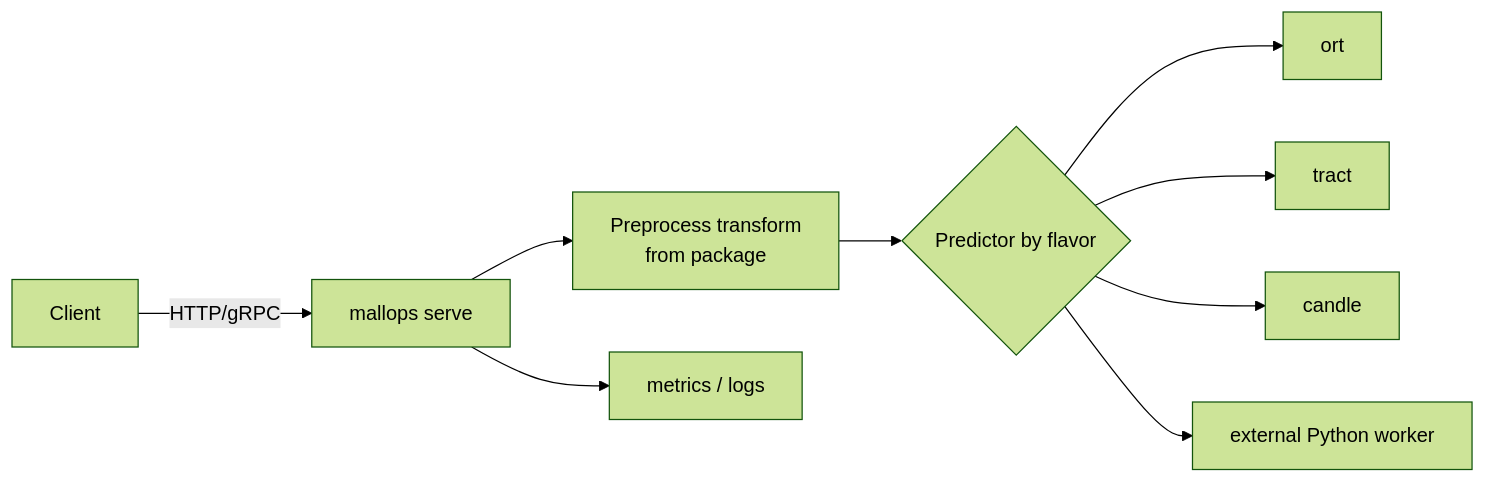
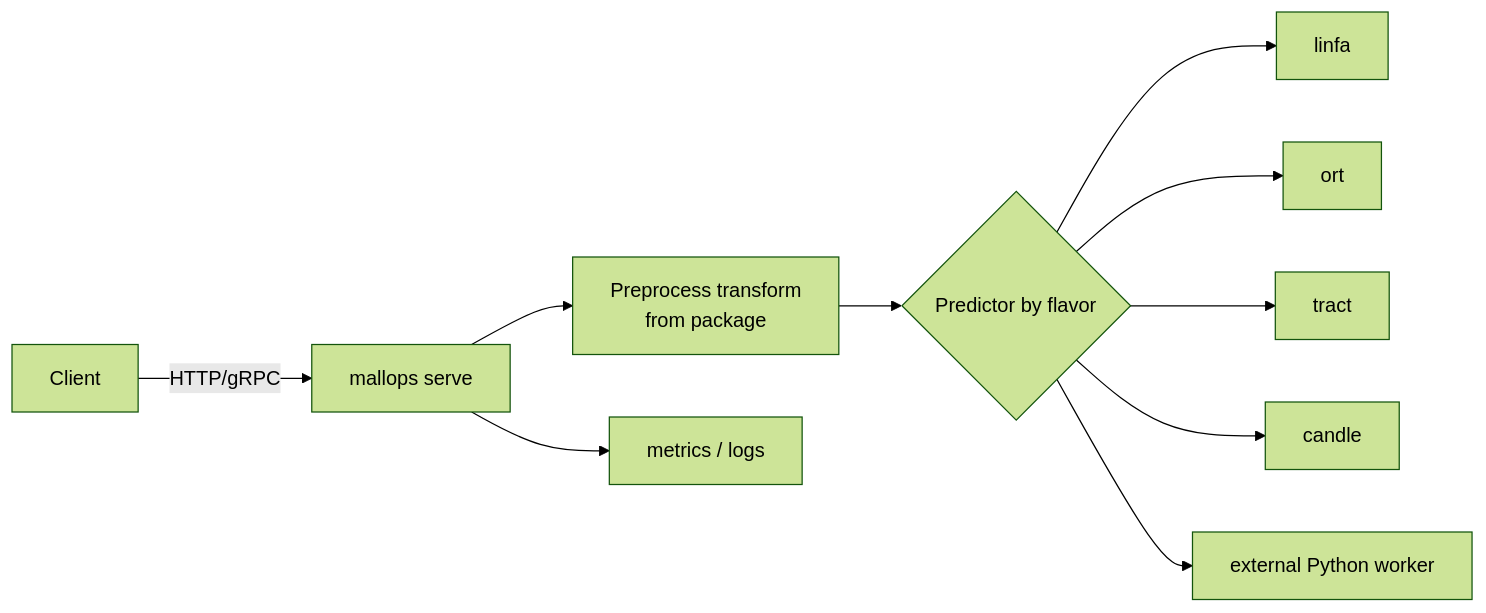
Before and after one commit to bighands2304/mallops: the fourth of 5 diagrams in docs/ARCHITECTURE.md, drawn with Mermaid (forest theme). The commit also changed other lines of this file and 5 other files, not shown here.

````diff
--- a/docs/ARCHITECTURE.md
+++ b/docs/ARCHITECTURE.md
@@ -215,11 +284,12 @@
 ```mermaid
 flowchart LR
     C[Client] -->|HTTP/gRPC| S[mallops serve]
     S --> T[Preprocess transform<br/>from package]
     T --> P{Predictor by flavor}
+    P --> LF[linfa]
     P --> O[ort]
     P --> TR[tract]
     P --> CA[candle]
     P --> EXT[external Python worker]
     S --> M[metrics / logs]
 ```
````
